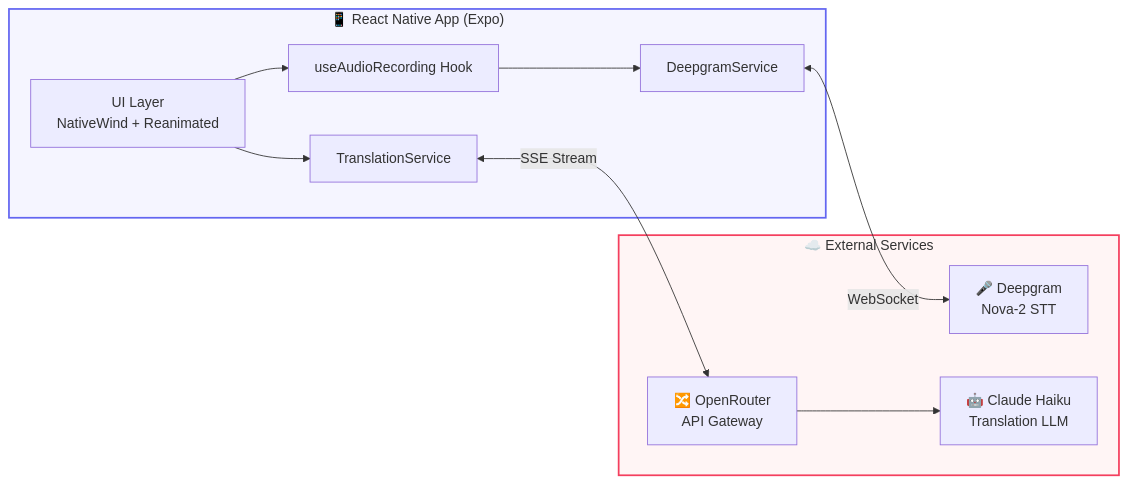
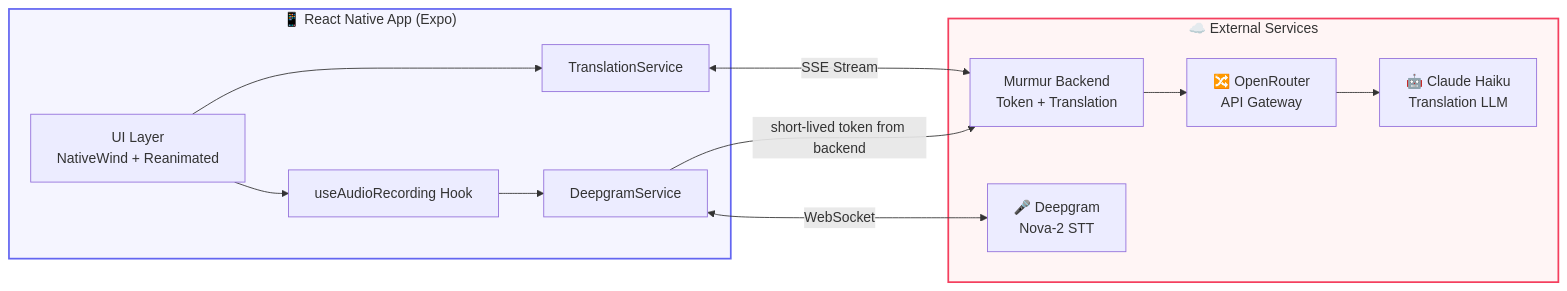
Before and after one commit to Q9Labs/murmur: the third of 3 diagrams in docs/architecture-diagram.md, drawn with Mermaid. The commit also changed other lines of this file and 15 other files, not shown here.

````diff
--- a/docs/architecture-diagram.md
+++ b/docs/architecture-diagram.md
@@ -95,25 +100,28 @@
 ```mermaid
 graph LR
     subgraph Client["📱 React Native App (Expo)"]
         UI[UI Layer<br/>NativeWind + Reanimated]
         Hook[useAudioRecording Hook]
         DGService[DeepgramService]
         TRService[TranslationService]
     end
 
     subgraph External["☁️ External Services"]
+        Backend["Murmur Backend<br/>Token + Translation"]
         Deepgram["🎤 Deepgram<br/>Nova-2 STT"]
         OpenRouter["🔀 OpenRouter<br/>API Gateway"]
         Claude["🤖 Claude Haiku<br/>Translation LLM"]
     end
 
     UI --> Hook
     Hook --> DGService
+    DGService -->|short-lived token from backend| Backend
     DGService <-->|WebSocket| Deepgram
     UI --> TRService
-    TRService <-->|SSE Stream| OpenRouter
+    TRService <-->|SSE Stream| Backend
+    Backend --> OpenRouter
     OpenRouter --> Claude
 
     style Client fill:#f5f5ff,stroke:#6366f1,stroke-width:2px
     style External fill:#fff5f5,stroke:#f43f5e,stroke-width:2px
 ```
````
